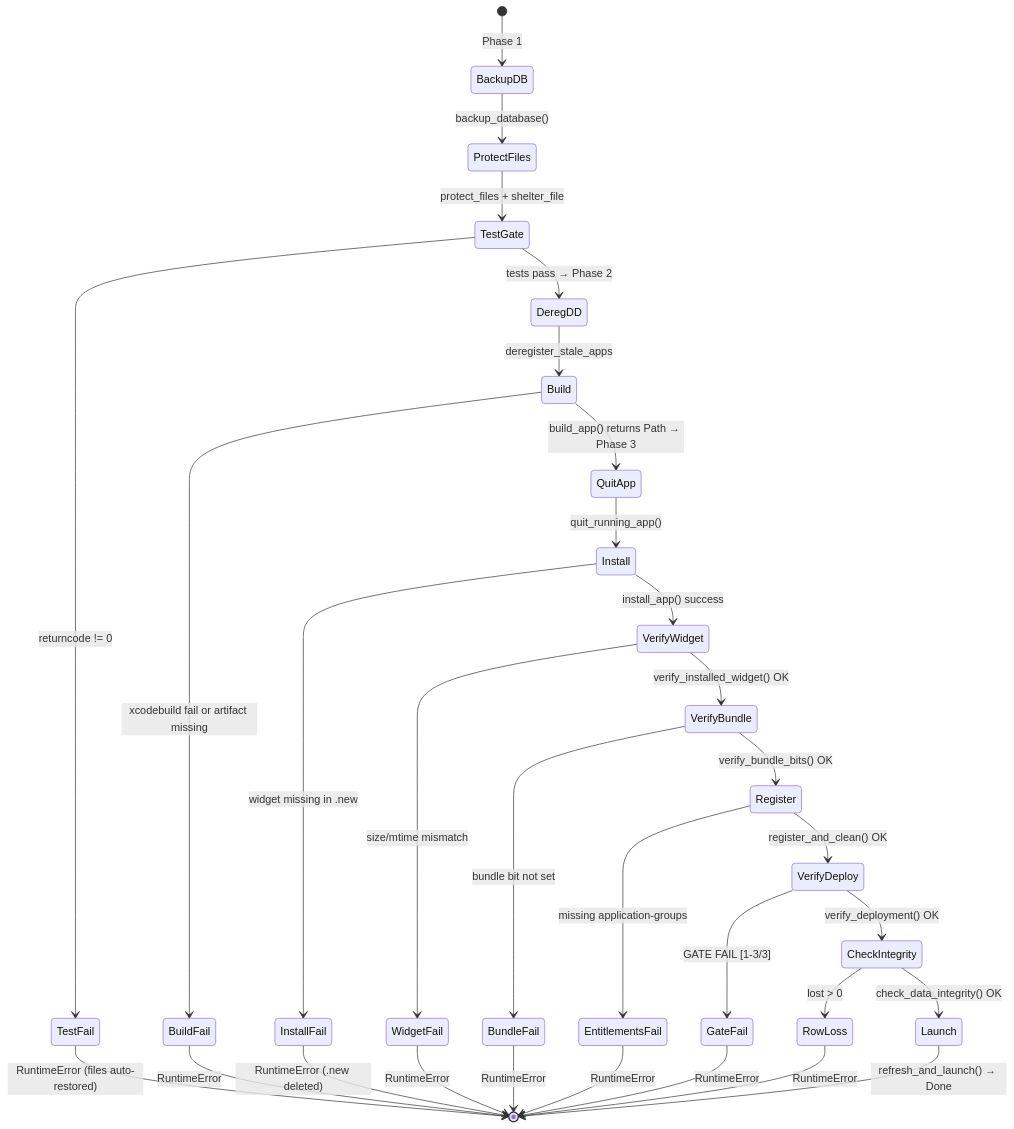
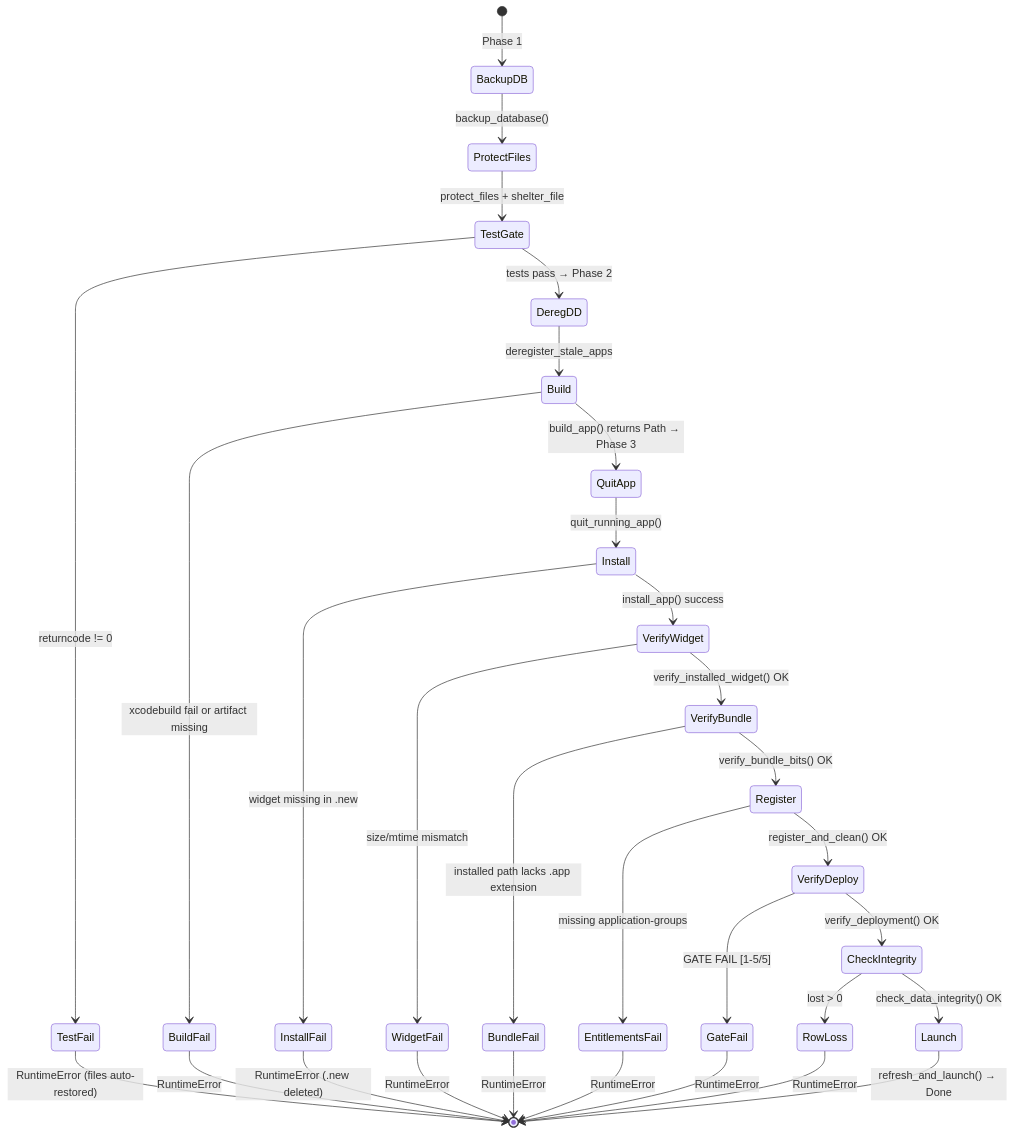
Before and after one commit to grad13/Claude-Usage-Tracker: the first of 3 diagrams in documents/spec/tools/build-and-install.md, drawn with Mermaid. The commit also changed other lines of this file and 11 other files, not shown here.

````diff
--- a/documents/spec/tools/build-and-install.md
+++ b/documents/spec/tools/build-and-install.md
@@ -215,33 +219,33 @@
 ```mermaid
 stateDiagram-v2
     [*] --> BackupDB: Phase 1
     BackupDB --> ProtectFiles: backup_database()
     ProtectFiles --> TestGate: protect_files + shelter_file
     TestGate --> TestFail: returncode != 0
     TestGate --> DeregDD: tests pass → Phase 2
     TestFail --> [*]: RuntimeError (files auto-restored)
     DeregDD --> Build: deregister_stale_apps
     Build --> BuildFail: xcodebuild fail or artifact missing
     Build --> QuitApp: build_app() returns Path → Phase 3
     BuildFail --> [*]: RuntimeError
     QuitApp --> Install: quit_running_app()
     Install --> InstallFail: widget missing in .new
     Install --> VerifyWidget: install_app() success
     InstallFail --> [*]: RuntimeError (.new deleted)
     VerifyWidget --> WidgetFail: size/mtime mismatch
     VerifyWidget --> VerifyBundle: verify_installed_widget() OK
     WidgetFail --> [*]: RuntimeError
-    VerifyBundle --> BundleFail: bundle bit not set
+    VerifyBundle --> BundleFail: installed path lacks .app extension
     VerifyBundle --> Register: verify_bundle_bits() OK
     BundleFail --> [*]: RuntimeError
     Register --> EntitlementsFail: missing application-groups
     Register --> VerifyDeploy: register_and_clean() OK
     EntitlementsFail --> [*]: RuntimeError
-    VerifyDeploy --> GateFail: GATE FAIL [1-3/3]
+    VerifyDeploy --> GateFail: GATE FAIL [1-5/5]
     VerifyDeploy --> CheckIntegrity: verify_deployment() OK
     GateFail --> [*]: RuntimeError
     CheckIntegrity --> RowLoss: lost > 0
     CheckIntegrity --> Launch: check_data_integrity() OK
     RowLoss --> [*]: RuntimeError
     Launch --> [*]: refresh_and_launch() → Done
 ```
````
